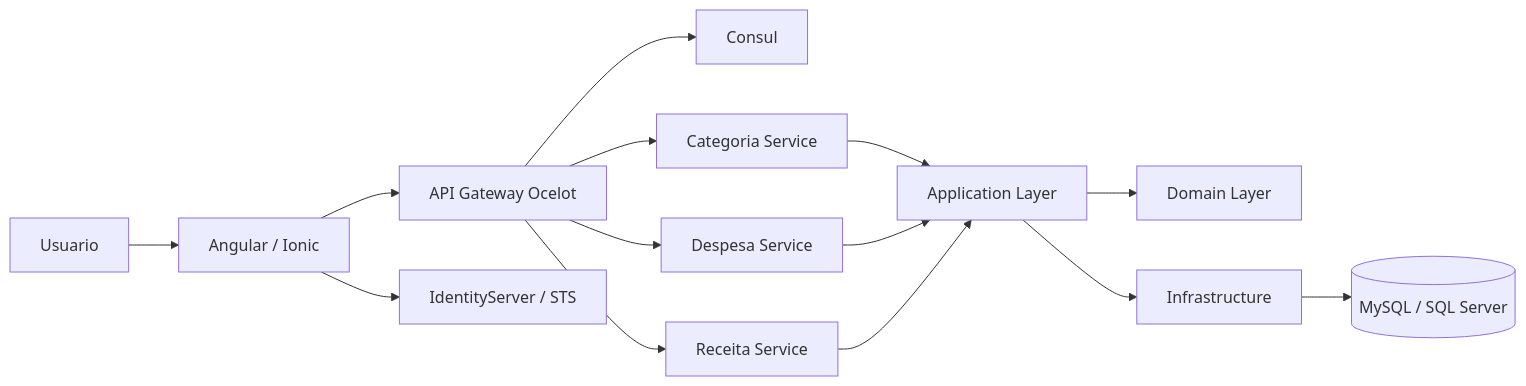
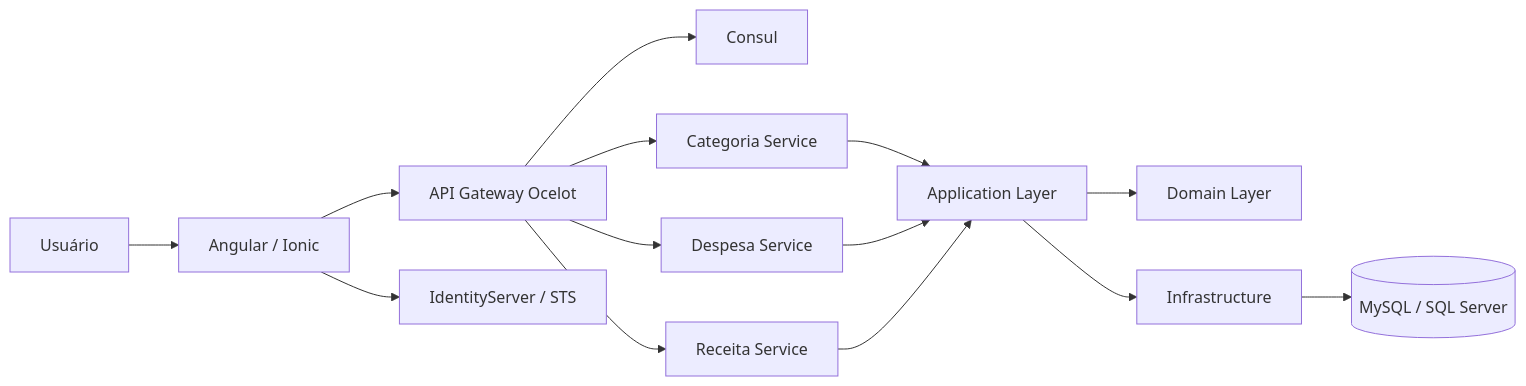
Before and after one commit to alexribeirofaria/prj-despesas-microservices-design: the diagram in readme.md, drawn with Mermaid. The commit also changed other lines of this file, not shown here.

````diff
--- a/readme.md
+++ b/readme.md
@@ -91,16 +91,16 @@
 ```mermaid
 flowchart LR
-    User[Usuario] --> Front[Angular / Ionic]
+    User[Usuário] --> Front[Angular / Ionic]
     Front --> Gateway[API Gateway Ocelot]
     Gateway --> Consul[Consul]
     Gateway --> Cat[Categoria Service]
     Gateway --> Desp[Despesa Service]
     Gateway --> Rec[Receita Service]
     Front --> STS[IdentityServer / STS]
     Cat --> App[Application Layer]
     Desp --> App
     Rec --> App
     App --> Domain[Domain Layer]
     App --> Infra[Infrastructure]
     Infra --> Db[(MySQL / SQL Server)]
 ```
````
